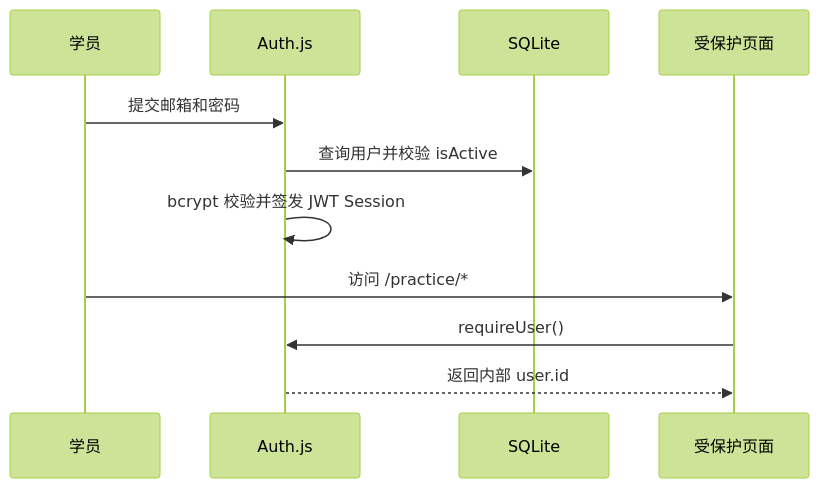
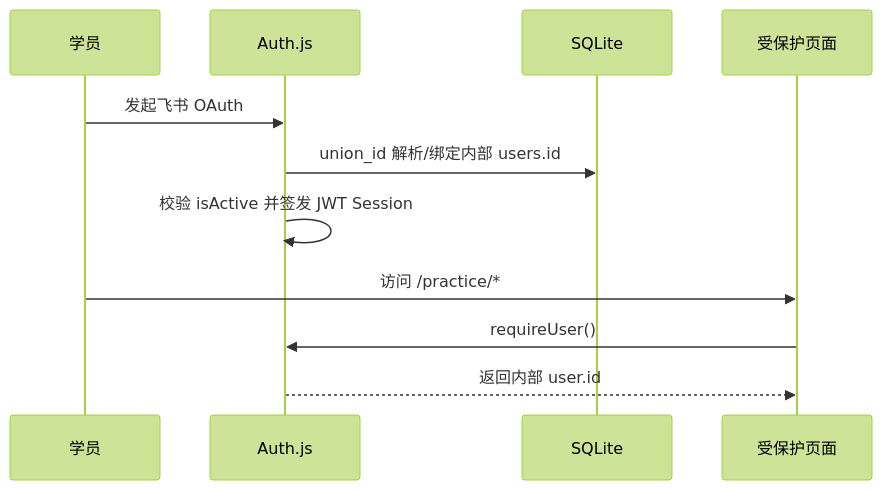
Before and after one commit to JzzzX/ai-customer-service-training: the third of 5 diagrams in README.md, drawn with Mermaid (forest theme). The commit also changed other lines of this file and 32 other files, not shown here.

````diff
--- a/README.md
+++ b/README.md
@@ -105,13 +106,13 @@
 ```mermaid
 sequenceDiagram
   participant U as 学员
   participant A as Auth.js
   participant DB as SQLite
   participant P as 受保护页面
-  U->>A: 提交邮箱和密码
-  A->>DB: 查询用户并校验 isActive
-  A->>A: bcrypt 校验并签发 JWT Session
+  U->>A: 发起飞书 OAuth
+  A->>DB: union_id 解析/绑定内部 users.id
+  A->>A: 校验 isActive 并签发 JWT Session
   U->>P: 访问 /practice/*
   P->>A: requireUser()
   A-->>P: 返回内部 user.id
 ```
````
